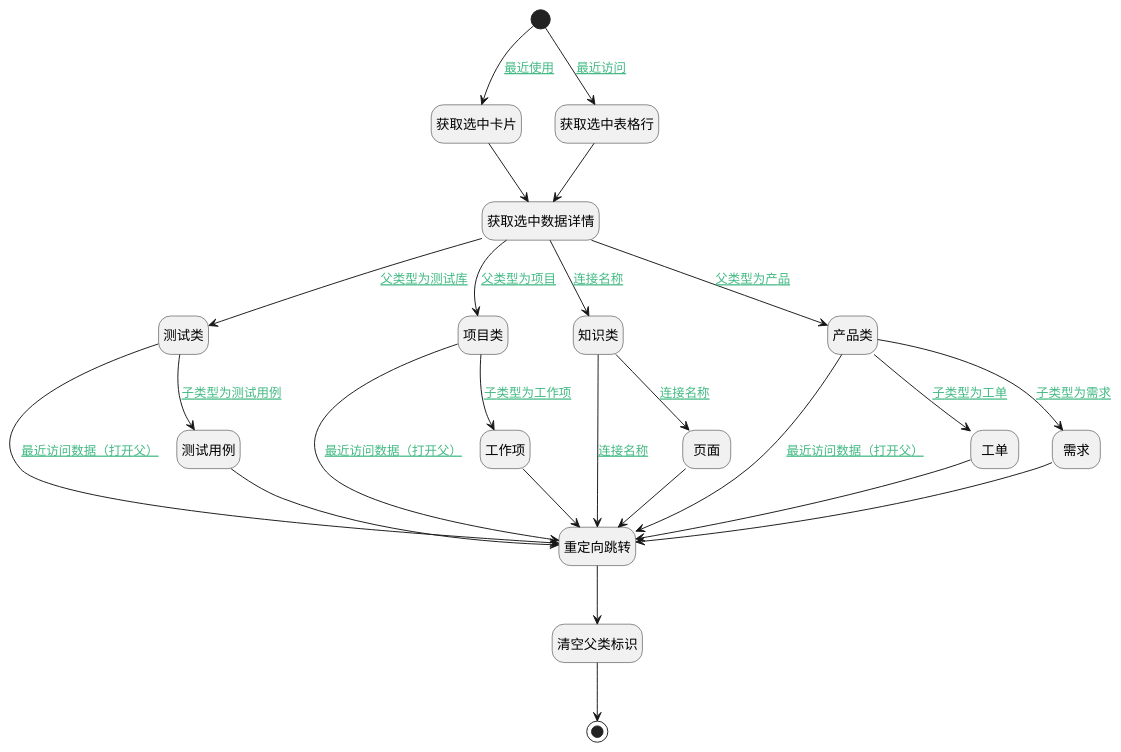
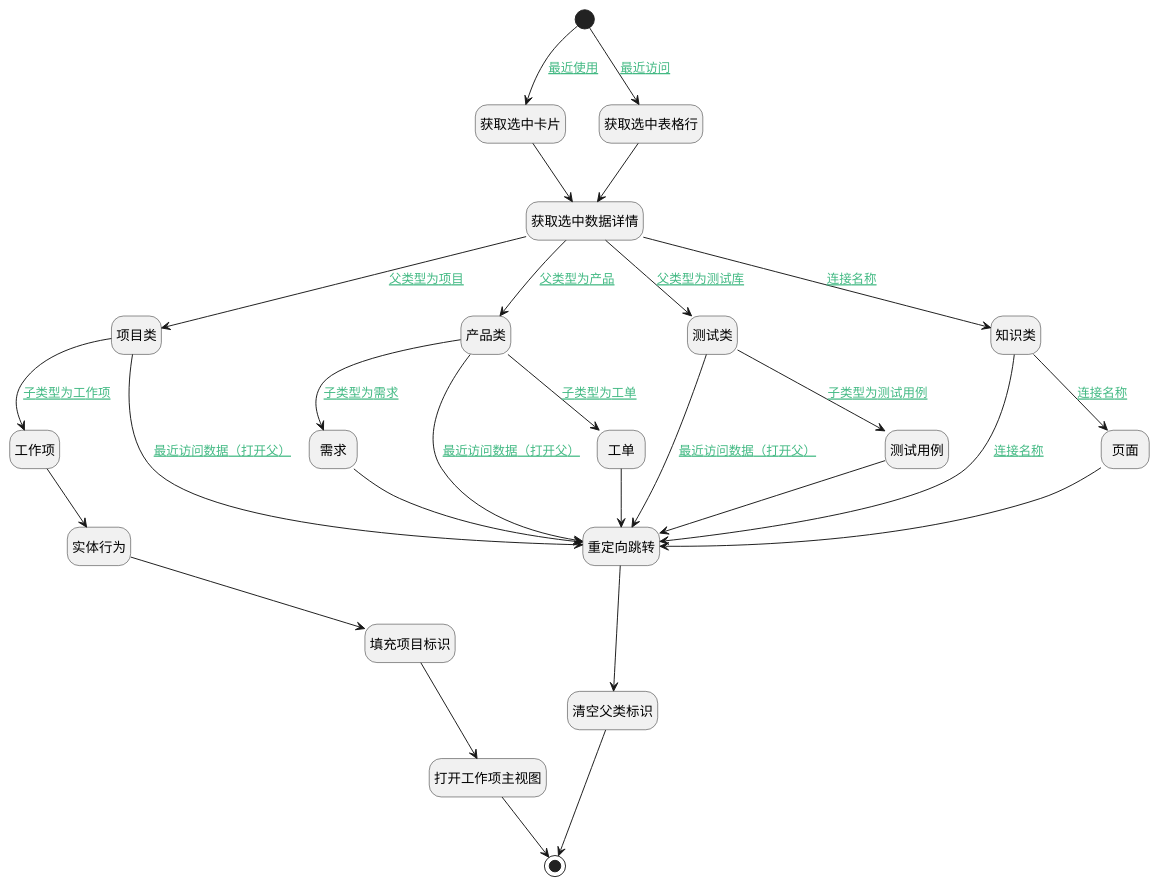
The diagram in doc/docsify/module/Base/recent/uilogic/recent_jump_other_view.md (iBizLab/plm), drawn with PlantUML before and after one commit. The commit also changed other lines of this file and 2688 other files, not shown here.

````diff
--- a/doc/docsify/module/Base/recent/uilogic/recent_jump_other_view.md
+++ b/doc/docsify/module/Base/recent/uilogic/recent_jump_other_view.md
@@ -7,56 +7,62 @@
 ```plantuml
 @startuml
 hide footbox
 <style>
 root {
   HyperlinkColor #42b983
 }
 </style>
 
 hide empty description
 state "开始" as Begin <<start>> [[$./recent_jump_other_view#begin {开始}]]
-state "重定向跳转" as DEUIACTION1  [[$./recent_jump_other_view#deuiaction1 {重定向跳转}]]
+state "工作项" as PREPAREJSPARAM7  [[$./recent_jump_other_view#preparejsparam7 {工作项}]]
+state "获取选中数据详情" as RAWJSCODE1  [[$./recent_jump_other_view#rawjscode1 {获取选中数据详情}]]
 state "测试类" as PREPAREJSPARAM8  [[$./recent_jump_other_view#preparejsparam8 {测试类}]]
-state "工单" as PREPAREJSPARAM5  [[$./recent_jump_other_view#preparejsparam5 {工单}]]
-state "测试用例" as PREPAREJSPARAM9  [[$./recent_jump_other_view#preparejsparam9 {测试用例}]]
 state "项目类" as PREPAREJSPARAM6  [[$./recent_jump_other_view#preparejsparam6 {项目类}]]
 state "清空父类标识" as PREPAREJSPARAM10  [[$./recent_jump_other_view#preparejsparam10 {清空父类标识}]]
-state "工作项" as PREPAREJSPARAM7  [[$./recent_jump_other_view#preparejsparam7 {工作项}]]
 state "获取选中卡片" as PREPAREJSPARAM1  [[$./recent_jump_other_view#preparejsparam1 {获取选中卡片}]]
 state "需求" as PREPAREJSPARAM4  [[$./recent_jump_other_view#preparejsparam4 {需求}]]
+state "结束" as END1 <<end>> [[$./recent_jump_other_view#end1 {结束}]]
 state "页面" as PREPAREJSPARAM12  [[$./recent_jump_other_view#preparejsparam12 {页面}]]
+state "实体行为" as DEACTION1  [[$./recent_jump_other_view#deaction1 {实体行为}]]
+state "产品类" as PREPAREJSPARAM3  [[$./recent_jump_other_view#preparejsparam3 {产品类}]]
+state "获取选中表格行" as PREPAREJSPARAM2  [[$./recent_jump_other_view#preparejsparam2 {获取选中表格行}]]
+state "重定向跳转" as DEUIACTION1  [[$./recent_jump_other_view#deuiaction1 {重定向跳转}]]
+state "工单" as PREPAREJSPARAM5  [[$./recent_jump_other_view#preparejsparam5 {工单}]]
+state "打开工作项主视图" as DEUIACTION2  [[$./recent_jump_other_view#deuiaction2 {打开工作项主视图}]]
+state "填充项目标识" as PREPAREJSPARAM13  [[$./recent_jump_other_view#preparejsparam13 {填充项目标识}]]
+state "测试用例" as PREPAREJSPARAM9  [[$./recent_jump_other_view#preparejsparam9 {测试用例}]]
 state "知识类" as PREPAREJSPARAM11  [[$./recent_jump_other_view#preparejsparam11 {知识类}]]
-state "获取选中数据详情" as RAWJSCODE1  [[$./recent_jump_other_view#rawjscode1 {获取选中数据详情}]]
-state "产品类" as PREPAREJSPARAM3  [[$./recent_jump_other_view#preparejsparam3 {产品类}]]
-state "结束" as END1 <<end>> [[$./recent_jump_other_view#end1 {结束}]]
-state "获取选中表格行" as PREPAREJSPARAM2  [[$./recent_jump_other_view#preparejsparam2 {获取选中表格行}]]
 
 
 Begin --> PREPAREJSPARAM1 : [[$./recent_jump_other_view#begin-preparejsparam1{最近使用} 最近使用]]
 PREPAREJSPARAM1 --> RAWJSCODE1
 RAWJSCODE1 --> PREPAREJSPARAM3 : [[$./recent_jump_other_view#rawjscode1-preparejsparam3{父类型为产品} 父类型为产品]]
 PREPAREJSPARAM3 --> DEUIACTION1 : [[$./recent_jump_other_view#preparejsparam3-deuiaction1{最近访问数据（打开父）} 最近访问数据（打开父）]]
 DEUIACTION1 --> PREPAREJSPARAM10
 PREPAREJSPARAM10 --> END1
 PREPAREJSPARAM3 --> PREPAREJSPARAM4 : [[$./recent_jump_other_view#preparejsparam3-preparejsparam4{子类型为需求} 子类型为需求]]
 PREPAREJSPARAM4 --> DEUIACTION1
 PREPAREJSPARAM3 --> PREPAREJSPARAM5 : [[$./recent_jump_other_view#preparejsparam3-preparejsparam5{子类型为工单} 子类型为工单]]
 PREPAREJSPARAM5 --> DEUIACTION1
 RAWJSCODE1 --> PREPAREJSPARAM6 : [[$./recent_jump_other_view#rawjscode1-preparejsparam6{父类型为项目} 父类型为项目]]
 PREPAREJSPARAM6 --> DEUIACTION1 : [[$./recent_jump_other_view#preparejsparam6-deuiaction1{最近访问数据（打开父）} 最近访问数据（打开父）]]
 PREPAREJSPARAM6 --> PREPAREJSPARAM7 : [[$./recent_jump_other_view#preparejsparam6-preparejsparam7{子类型为工作项} 子类型为工作项]]
-PREPAREJSPARAM7 --> DEUIACTION1
+PREPAREJSPARAM7 --> DEACTION1
+DEACTION1 --> PREPAREJSPARAM13
+PREPAREJSPARAM13 --> DEUIACTION2
+DEUIACTION2 --> END1
 RAWJSCODE1 --> PREPAREJSPARAM8 : [[$./recent_jump_other_view#rawjscode1-preparejsparam8{父类型为测试库} 父类型为测试库]]
 PREPAREJSPARAM8 --> DEUIACTION1 : [[$./recent_jump_other_view#preparejsparam8-deuiaction1{最近访问数据（打开父）} 最近访问数据（打开父）]]
 PREPAREJSPARAM8 --> PREPAREJSPARAM9 : [[$./recent_jump_other_view#preparejsparam8-preparejsparam9{子类型为测试用例} 子类型为测试用例]]
 PREPAREJSPARAM9 --> DEUIACTION1
 RAWJSCODE1 --> PREPAREJSPARAM11 : [[$./recent_jump_other_view#rawjscode1-preparejsparam11{连接名称} 连接名称]]
 PREPAREJSPARAM11 --> PREPAREJSPARAM12 : [[$./recent_jump_other_view#preparejsparam11-preparejsparam12{连接名称} 连接名称]]
 PREPAREJSPARAM12 --> DEUIACTION1
 PREPAREJSPARAM11 --> DEUIACTION1 : [[$./recent_jump_other_view#preparejsparam11-deuiaction1{连接名称} 连接名称]]
 Begin --> PREPAREJSPARAM2 : [[$./recent_jump_other_view#begin-preparejsparam2{最近访问} 最近访问]]
 PREPAREJSPARAM2 --> RAWJSCODE1
 
 
 @enduml
 ```
````
